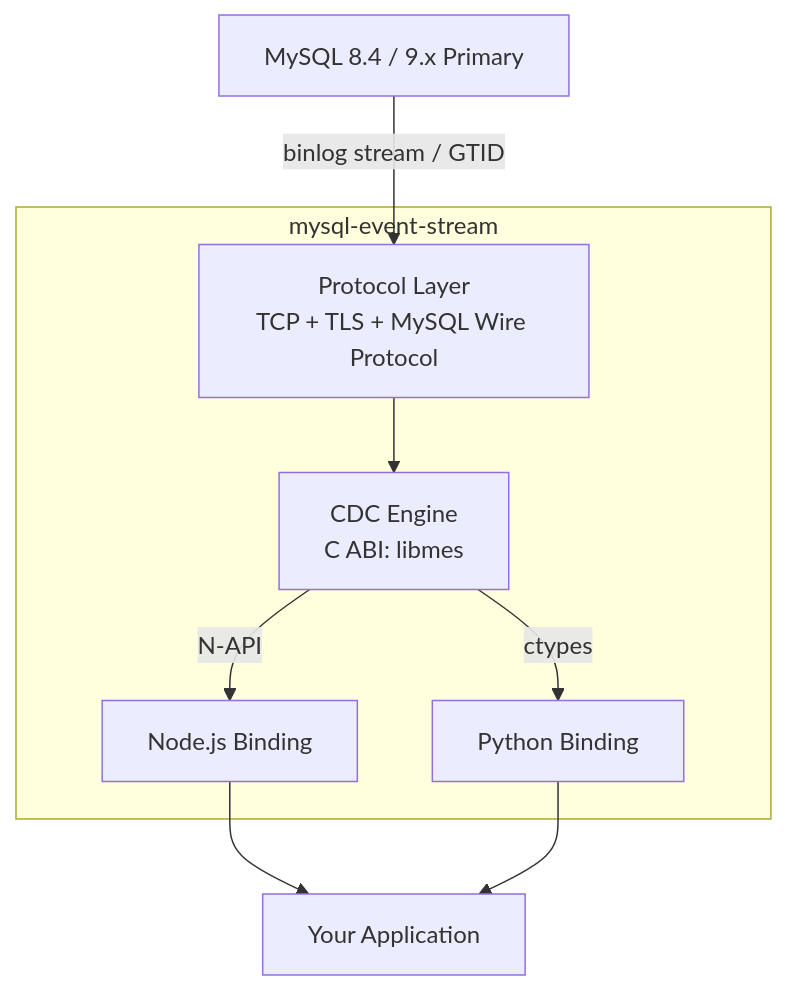
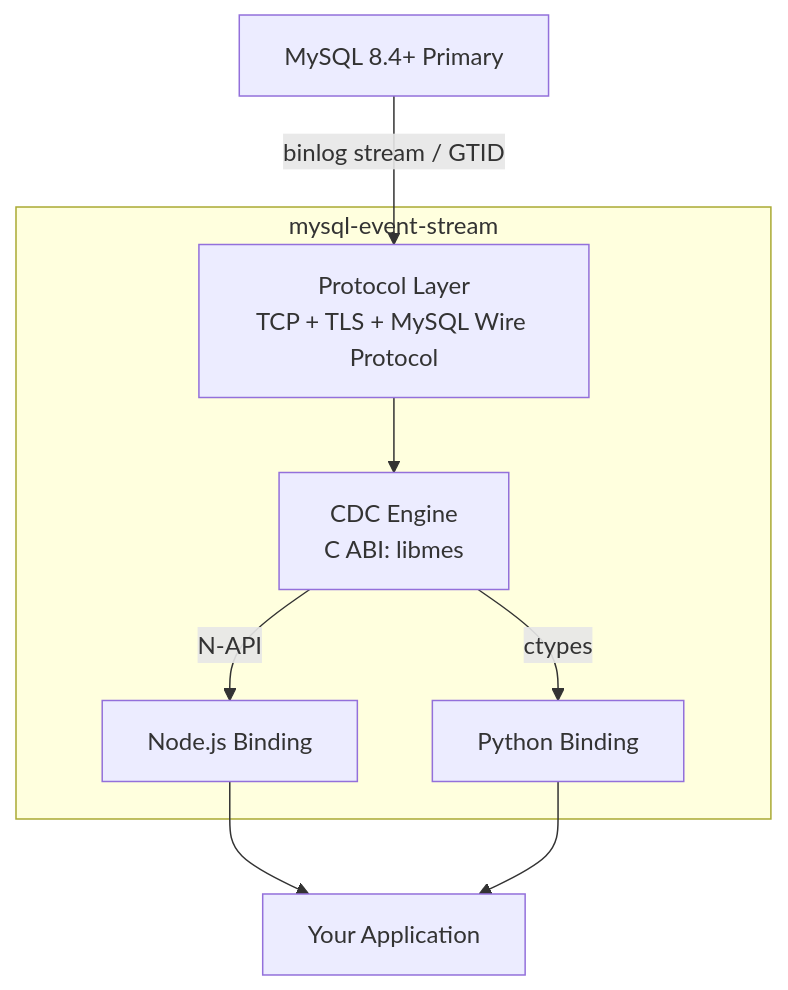
Before and after one commit to libraz/mysql-event-stream: the diagram in README.md, drawn with Mermaid. The commit also changed other lines of this file and 3 other files, not shown here.

````diff
--- a/README.md
+++ b/README.md
@@ -23,13 +23,13 @@
 ```mermaid
 graph TD
-    MySQL[MySQL 8.4 / 9.x Primary] -->|binlog stream / GTID| Proto
+    MySQL[MySQL 8.4+ Primary] -->|binlog stream / GTID| Proto
 
     subgraph mysql-event-stream
         Proto[Protocol Layer\nTCP + TLS + MySQL Wire Protocol] --> Core[CDC Engine\nC ABI: libmes]
         Core -->|N-API| Node[Node.js Binding]
         Core -->|ctypes| Python[Python Binding]
     end
 
     Node --> App[Your Application]
     Python --> App
 ```
````
